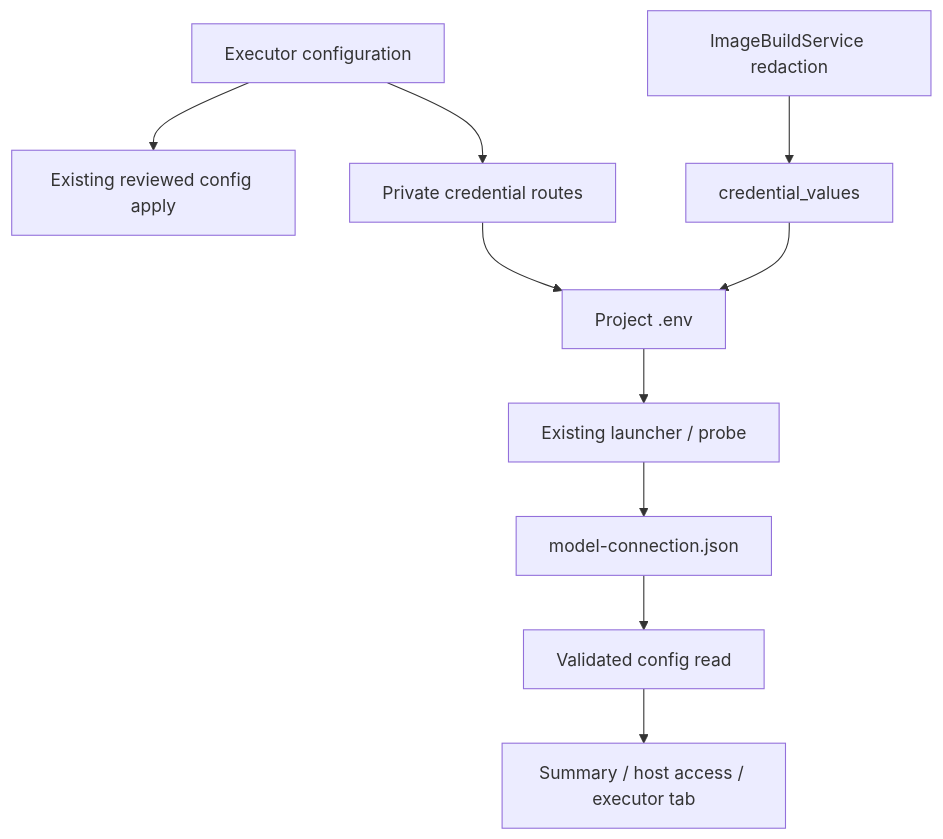
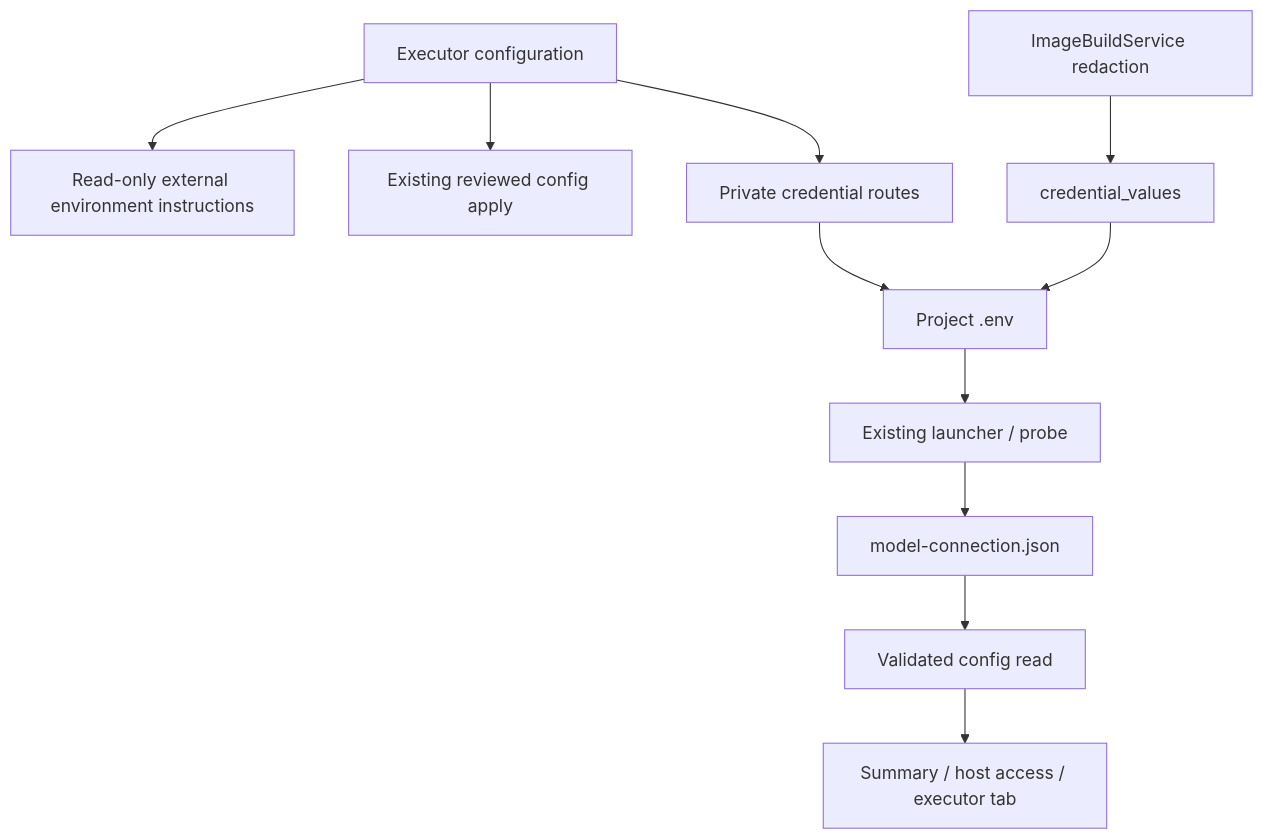
The diagram in .agentic/knowledge/executor-configuration.md (DDP-Engineering/AgenticDeliveryOrchestratorRuntimeEngine), drawn with Mermaid before and after one commit. The commit also changed other lines of this file and 43 other files, not shown here.

First line of the commit message:
Externalize executor environment setup and show container guidance

````diff
--- a/.agentic/knowledge/executor-configuration.md
+++ b/.agentic/knowledge/executor-configuration.md
@@ -44,12 +44,13 @@
 ```mermaid
 flowchart TD
-    Tab[Executor configuration] --> Candidate[Existing reviewed config apply]
+    Tab[Executor configuration] --> Guide[Read-only external environment instructions]
+    Tab --> Candidate[Existing reviewed config apply]
     Tab --> Credentials[Private credential routes]
     Credentials --> Env[Project .env]
     Images[ImageBuildService redaction] --> Reader[credential_values]
     Reader --> Env
     Env --> Launcher[Existing launcher / probe]
     Launcher --> Evidence[model-connection.json]
     Evidence --> Config[Validated config read]
     Config --> Summary[Summary / host access / executor tab]
 ```
````
